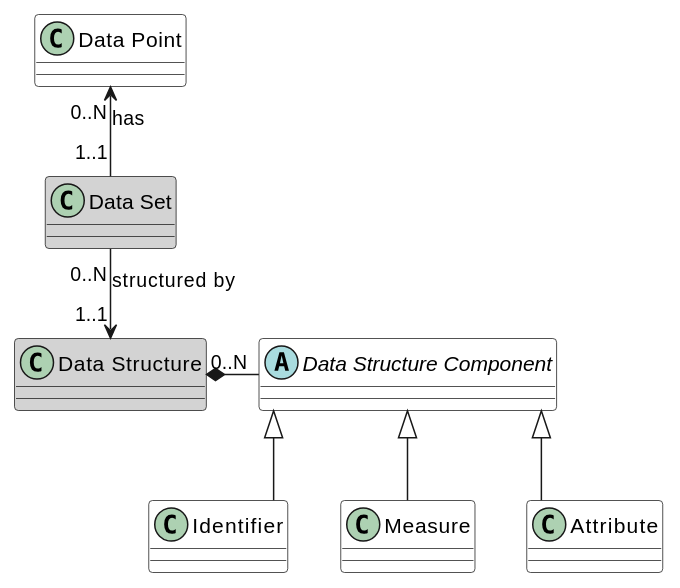
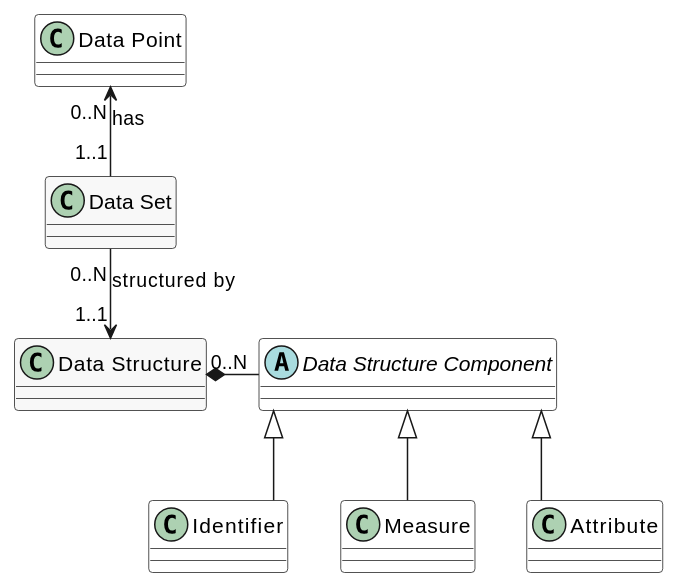
The first of 2 diagrams in v2.1/docs/user_manual/model.rst (sdmx-twg/vtl), drawn with PlantUML before and after one commit. The commit also changed other lines of this file, not shown here.

Commit message:
Variable and value domain model diagram

```diff
--- a/v2.1/docs/user_manual/model.rst
+++ b/v2.1/docs/user_manual/model.rst
@@ -215,18 +215,18 @@
 .. uml::
 
     @startuml
         skinparam linetype ortho
         skinparam ClassBackgroundColor White
 
-        class "Data Structure" as DataStructure #d3d3d3
-        class "Data Set" as DataSet #d3d3d3
+        class "Data Structure" as DataStructure #F8F8F8
+        class "Data Set" as DataSet #F8F8F8
         class "Data Point" as DataPoint
         abstract class "Data Structure Component" as DataStructureComponent
 
         DataSet "0..N" --> "1..1" DataStructure: "structured by"
         DataSet "1..1" -up-> "0..N" DataPoint: "has"
         DataStructure *-right- "0..N" DataStructureComponent
         Identifier -up-|> DataStructureComponent
         Measure -up-|> DataStructureComponent
         Attribute -up-|> DataStructureComponent
     @enduml
```
